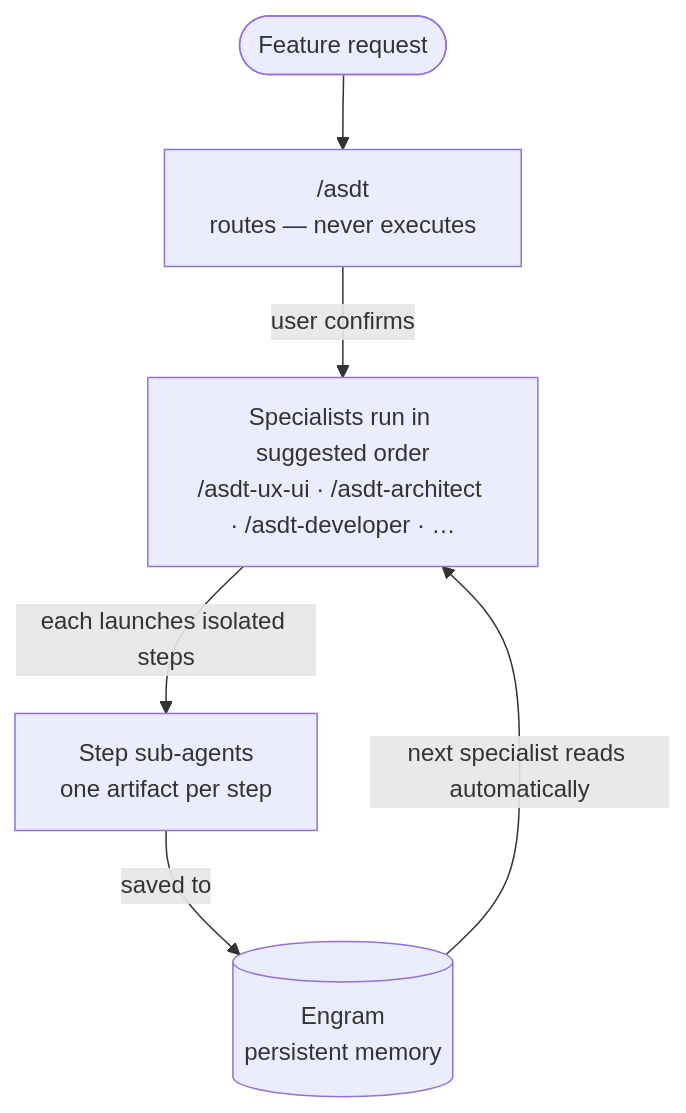
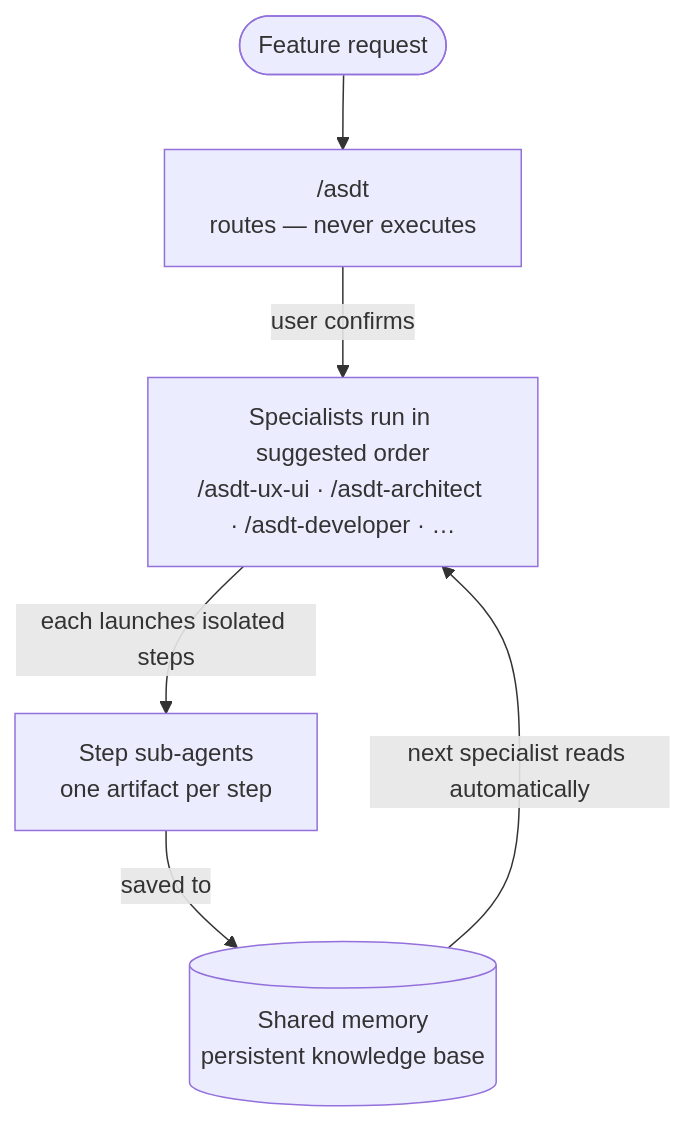
The diagram in README.md (vitualizz/asdt), drawn with Mermaid before and after one commit. The commit also changed other lines of this file and 2 other files, not shown here.

First line of the commit message:
docs: rewrite README for clarity, fix getting-started install flow

````diff
--- a/README.md
+++ b/README.md
@@ -9,11 +69,11 @@
 ```mermaid
 flowchart TD
     req([Feature request]) --> asdt
     asdt["/asdt\nroutes — never executes"]
     asdt -->|user confirms| specialists
     specialists["Specialists run in suggested order\n/asdt-ux-ui · /asdt-architect · /asdt-developer · …"]
     specialists -->|each launches isolated steps| steps
     steps["Step sub-agents\none artifact per step"]
-    steps -->|saved to| engram[(Engram\npersistent memory)]
+    steps -->|saved to| engram[(Shared memory\npersistent knowledge base)]
     engram -->|next specialist reads automatically| specialists
 ```
````
